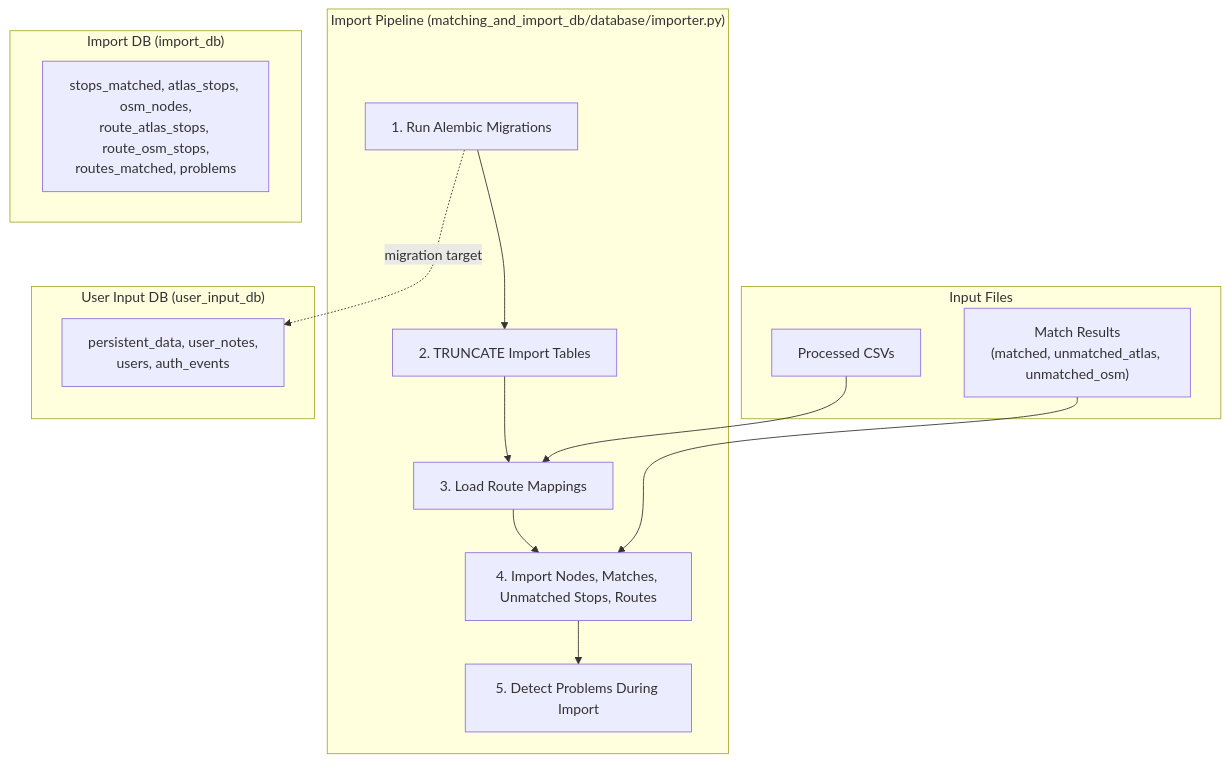
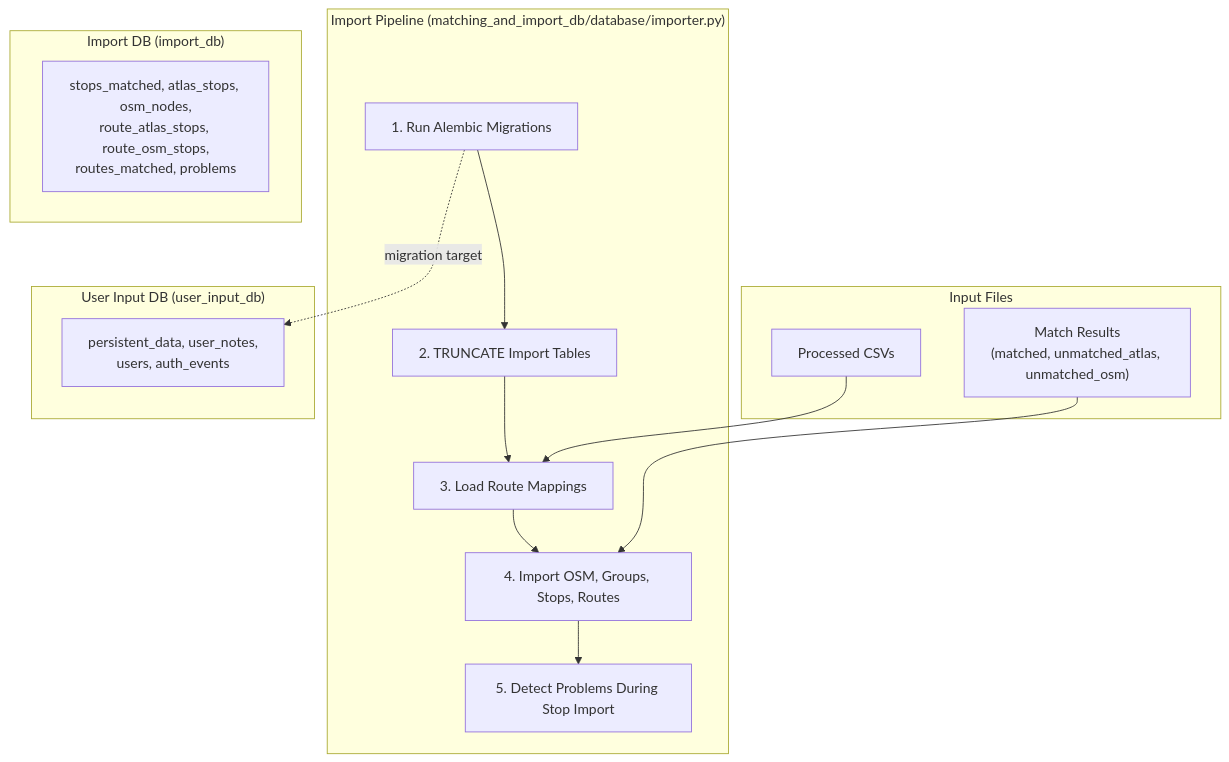
The diagram in documentation/4.2 Import Process.md (openTdataCH/stop_sync_osm_atlas), drawn with Mermaid before and after one commit. The commit also changed other lines of this file and 37 other files, not shown here.

````diff
--- a/documentation/4.2 Import Process.md
+++ b/documentation/4.2 Import Process.md
@@ -7,28 +7,28 @@
 ```mermaid
 flowchart TB
     subgraph Input["Input Files"]
         CSV["Processed CSVs"]
         Match["Match Results<br/>(matched, unmatched_atlas, unmatched_osm)"]
     end
     
     subgraph Import["Import Pipeline (matching_and_import_db/database/importer.py)"]
         M["1. Run Alembic Migrations"]
         C["2. TRUNCATE Import Tables"]
         R["3. Load Route Mappings"]
-        I["4. Import Nodes, Matches, Unmatched Stops, Routes"]
-        P["5. Detect Problems During Import"]
+        I["4. Import OSM, Groups, Stops, Routes"]
+        P["5. Detect Problems During Stop Import"]
         M --> C --> R --> I --> P
     end
     
     subgraph ImportDB["Import DB (import_db)"]
         Op["stops_matched, atlas_stops, osm_nodes,<br/>route_atlas_stops, route_osm_stops,<br/>routes_matched, problems"]
     end
     
     subgraph UserDB["User Input DB (user_input_db)"]
         Per["persistent_data, user_notes,<br/>users, auth_events"]
     end
     
     CSV --> R
     Match --> I
     M -. migration target .-> Per
 ```
````
